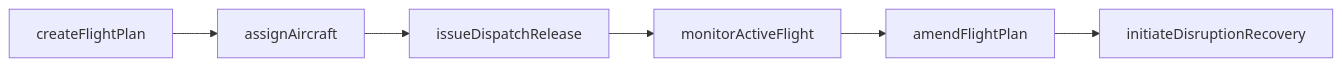
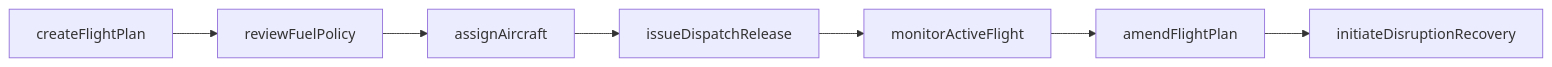
Before and after one commit to dot-org-ai/departments.org.ai: the first of 2 diagrams in TransportOperations/FlightOperations.mdx, drawn with Mermaid. The commit also changed other lines of this file and 66 other files, not shown here.

````diff
--- a/TransportOperations/FlightOperations.mdx
+++ b/TransportOperations/FlightOperations.mdx
@@ -88,8 +88,9 @@
 ```mermaid
 graph LR
-  createFlightPlan --> assignAircraft
+  createFlightPlan --> reviewFuelPolicy
+  reviewFuelPolicy --> assignAircraft
   assignAircraft --> issueDispatchRelease
   issueDispatchRelease --> monitorActiveFlight
   monitorActiveFlight --> amendFlightPlan
   amendFlightPlan --> initiateDisruptionRecovery
 ```
````
